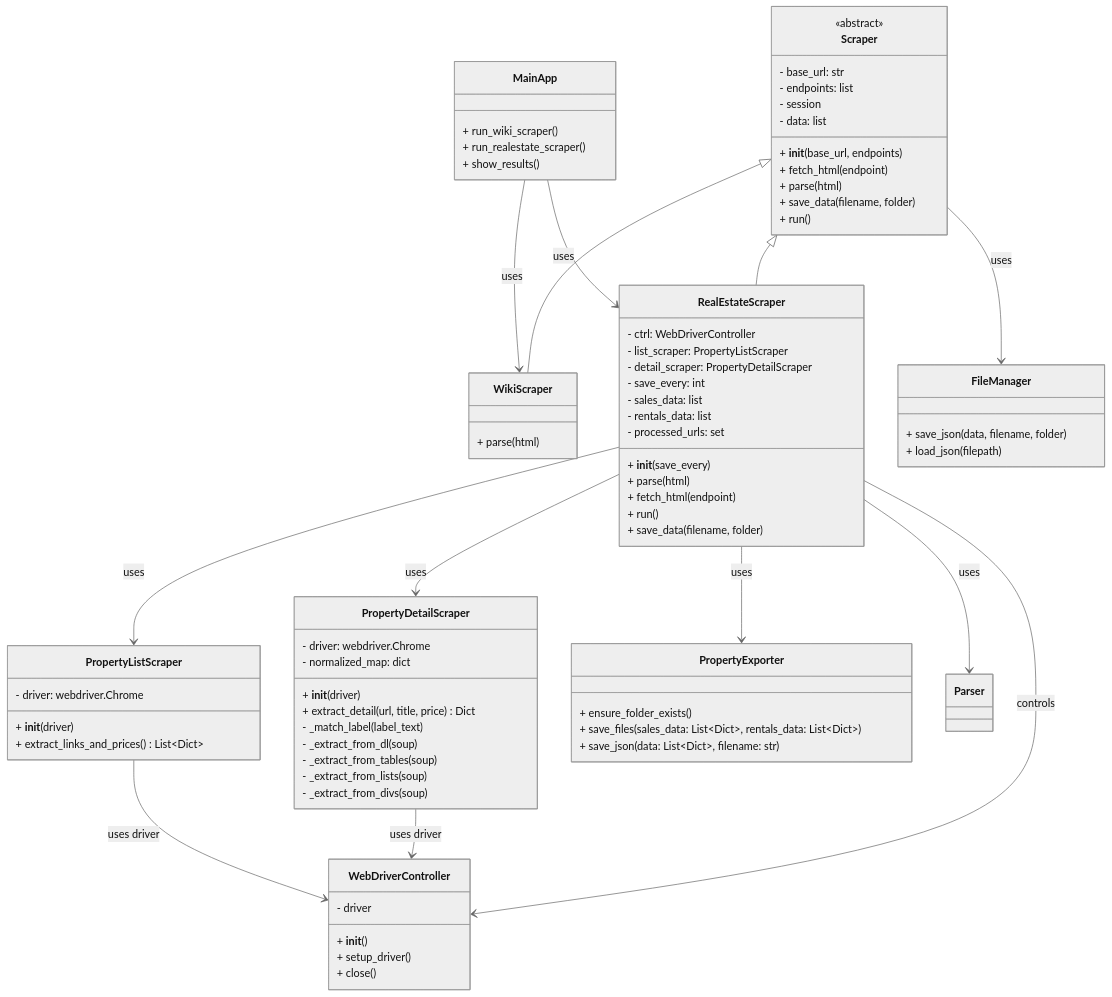
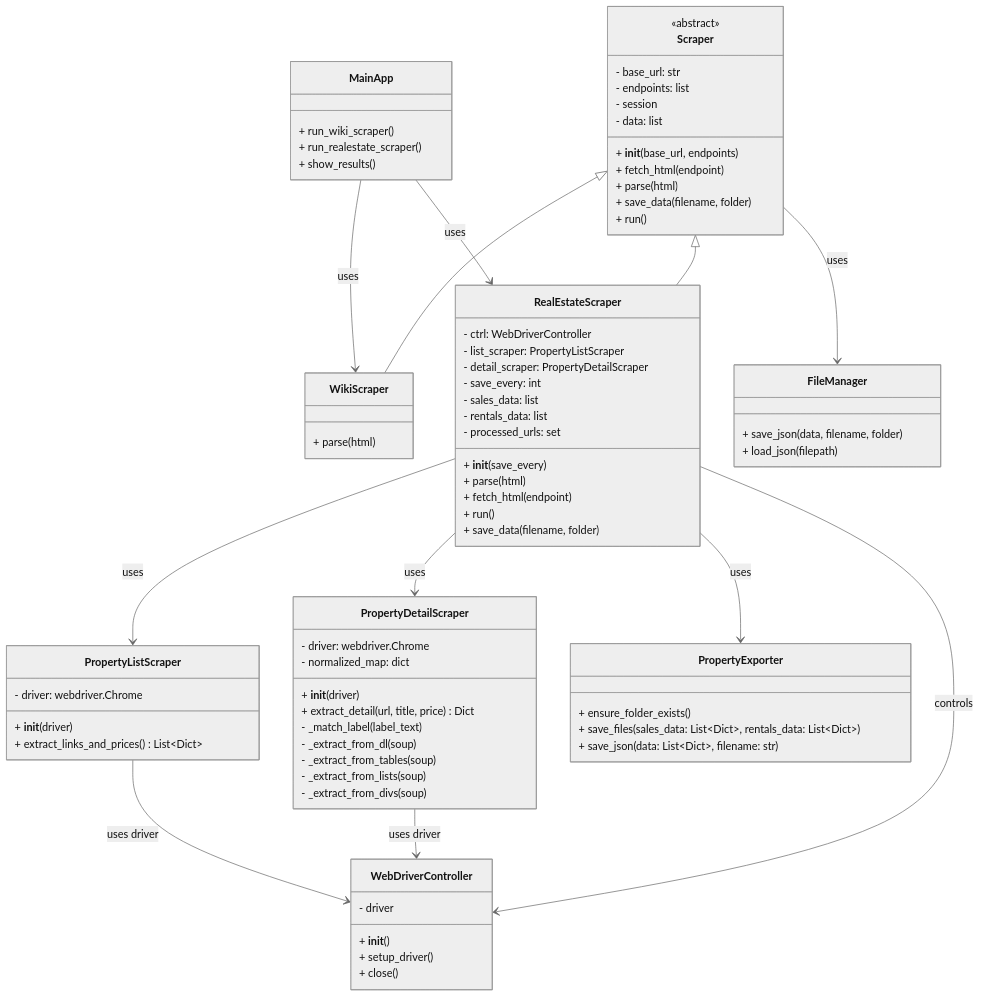
One commit to NicolasFelipeLuisCastillo/project_webscraper changed the diagram in README.md. Above: the diagram before and after it, drawn with Mermaid (neutral theme).

Commit message:
Remove usage relationship in README diagram
Removed the usage relationship between RealEstateScraper and Parser.

```diff
--- a/README.md
+++ b/README.md
@@ -109,7 +109,6 @@
 
 MainApp --> WikiScraper : uses
 MainApp --> RealEstateScraper : uses
-RealEstateScraper --> Parser : uses
 Scraper --> FileManager : uses
 
 RealEstateScraper --> WebDriverController : controls
```
